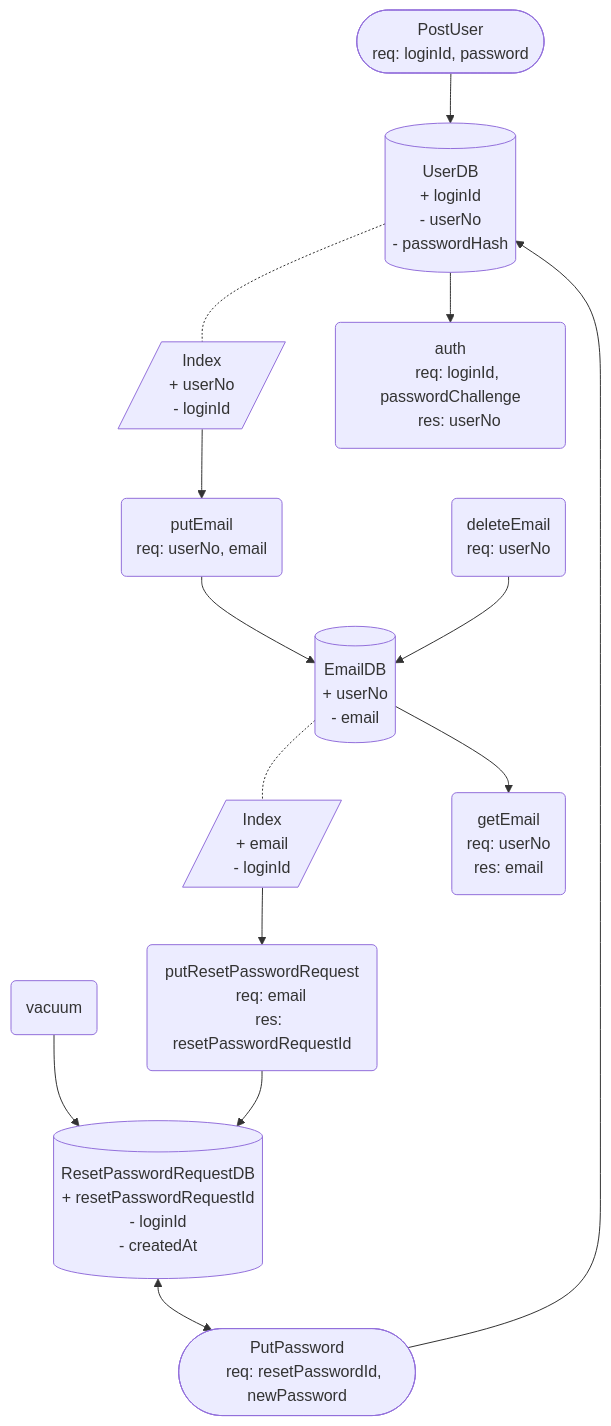
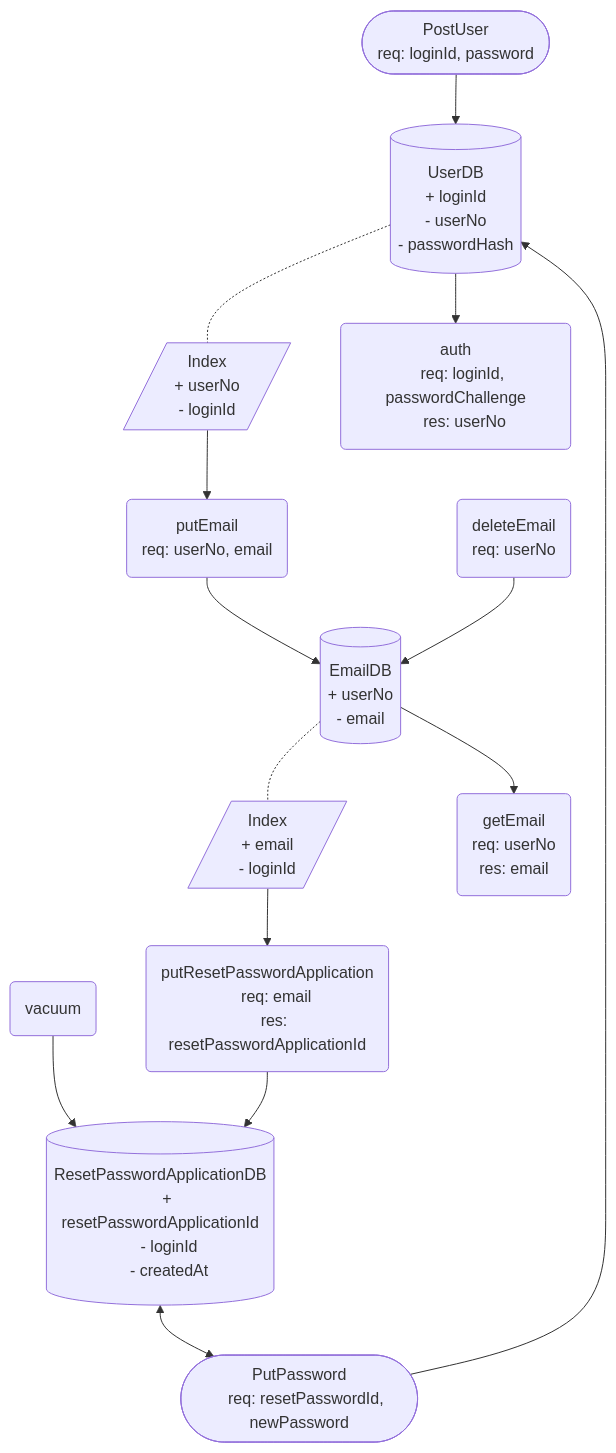
Before and after one commit to tappoy/jns: the diagram in microservice/user/README.md, drawn with Mermaid. The commit also changed other lines of this file and 10 other files, not shown here.

````diff
--- a/microservice/user/README.md
+++ b/microservice/user/README.md
@@ -3,75 +3,75 @@
 ```mermaid
 flowchart
 
 %% DB
 DB1[( UserDB
     + loginId
     - userNo
     - passwordHash)]
 
 IDX1[/ Index
     + userNo
     - loginId/]
 
-DB2[( ResetPasswordRequestDB
-    + resetPasswordRequestId
+DB2[( ResetPasswordApplicationDB
+    + resetPasswordApplicationId
     - loginId
     - createdAt)]
 
 DB3[( EmailDB
     + userNo
     - email)]
 
 IDX2[/ Index
     + email
     - loginId/]
 
 
 %% API
 API1([ PostUser
     req: loginId, password])
 
 API2([PutPassword
     req: resetPasswordId, newPassword])
 
 %% private API
 pAPI1(auth
     req: loginId, passwordChallenge
     res: userNo)
 
-pAPI2(putResetPasswordRequest
+pAPI2(putResetPasswordApplication
     req: email
-    res: resetPasswordRequestId)
+    res: resetPasswordApplicationId)
 
 pAPI3(vacuum)
 
 pAPI4(putEmail
     req: userNo, email)
 
 pAPI5(getEmail
     req: userNo
     res: email)
 
 pAPI6(deleteEmail
     req: userNo)
 
 %% Arrow
 
 pAPI3 --> DB2
 API1 --> DB1
 API2 --> DB1
 pAPI2 --> DB2
 IDX2 --> pAPI2
 
 DB1 --> pAPI1
 DB2 <--> API2
 
 DB1 -.- IDX1
 DB3 -.- IDX2
 
 IDX1 --> pAPI4
 pAPI4 --> DB3
 DB3 --> pAPI5
 pAPI6 --> DB3
 
 ```
````
